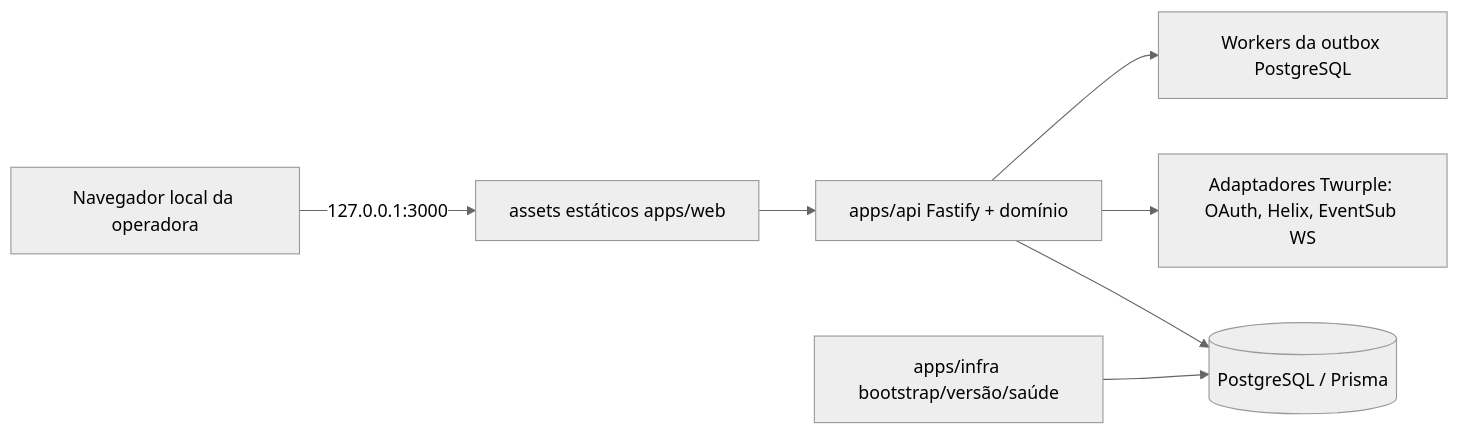
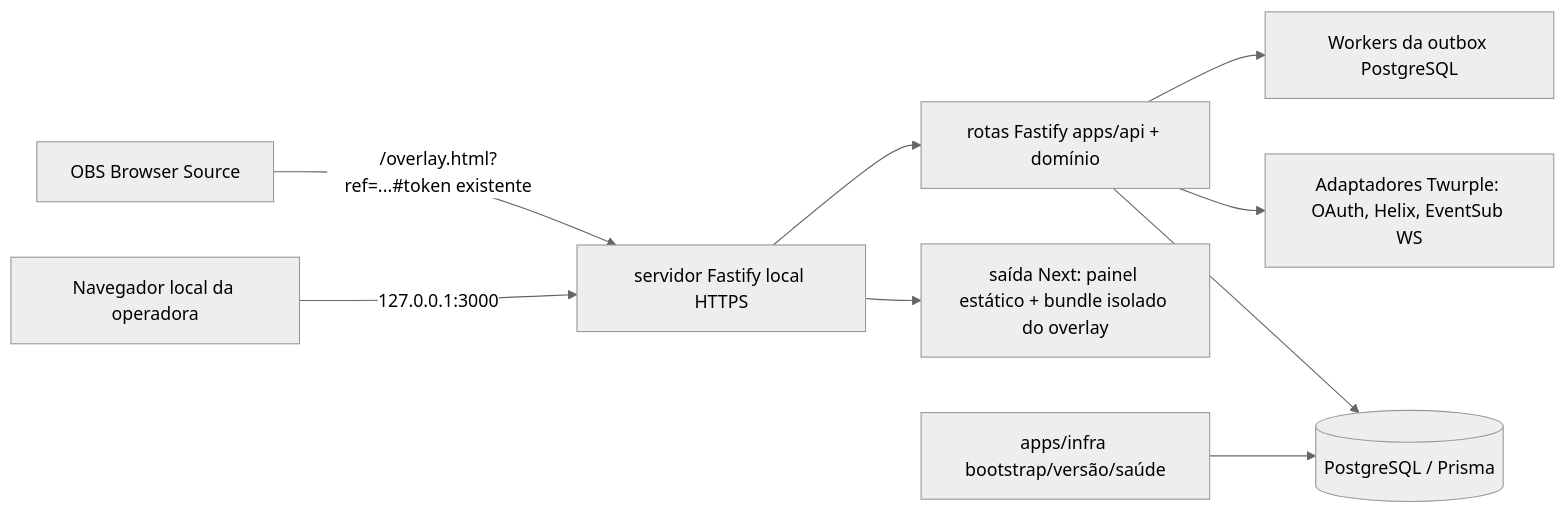
Before and after one commit to gustavo8000br/subarushogun_gi_twich_bot: the diagram in docs/pt-BR/fullstack-architecture/runtime-topology.md, drawn with Mermaid (neutral theme). The commit also changed other lines of this file and 142 other files, not shown here.

````diff
--- a/docs/pt-BR/fullstack-architecture/runtime-topology.md
+++ b/docs/pt-BR/fullstack-architecture/runtime-topology.md
@@ -5,9 +5,11 @@
 ```mermaid
 flowchart LR
-  Browser[Navegador local da operadora] -->|127.0.0.1:3000| Web[assets estáticos apps/web]
-  Web --> API[apps/api Fastify + domínio]
+  Browser[Navegador local da operadora] -->|127.0.0.1:3000| Fastify[servidor Fastify local HTTPS]
+  OBS[OBS Browser Source] -->|/overlay.html?ref=...#token existente| Fastify
+  Fastify --> Web[saída Next: painel estático + bundle isolado do overlay]
+  Fastify --> API[rotas Fastify apps/api + domínio]
   API --> DB[(PostgreSQL / Prisma)]
   API --> Twitch[Adaptadores Twurple: OAuth, Helix, EventSub WS]
   API --> Outbox[Workers da outbox PostgreSQL]
   Infra[apps/infra bootstrap/versão/saúde] --> DB
 ```
````
